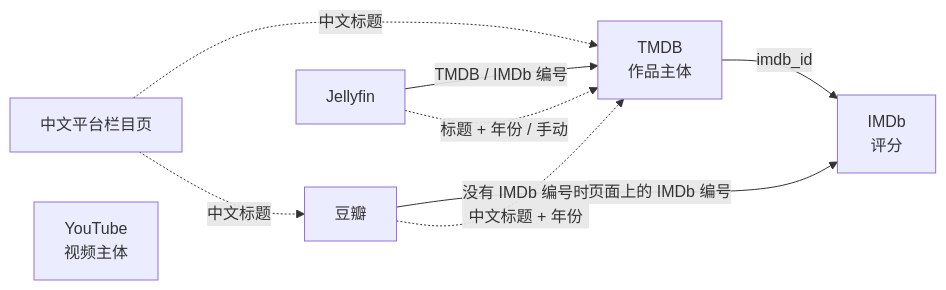
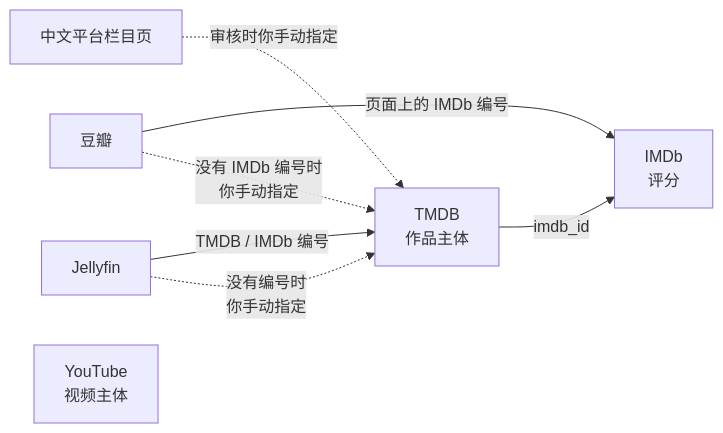
Before and after one commit to hfeng-9527/Documentary: the diagram in docs/source-mapping.md, drawn with Mermaid. The commit also changed other lines of this file and 9 other files, not shown here.

````diff
--- a/docs/source-mapping.md
+++ b/docs/source-mapping.md
@@ -167,11 +167,10 @@
 ```mermaid
 flowchart LR
     TMDB["TMDB<br/>作品主体"] -->|imdb_id| IMDB["IMDb<br/>评分"]
     DB["豆瓣"] -->|页面上的 IMDb 编号| IMDB
-    DB -.没有 IMDb 编号时<br/>中文标题 + 年份.-> TMDB
-    CN["中文平台栏目页"] -.中文标题.-> TMDB
-    CN -.中文标题.-> DB
+    DB -.没有 IMDb 编号时<br/>你手动指定.-> TMDB
+    CN["中文平台栏目页"] -.审核时你手动指定.-> TMDB
     JF["Jellyfin"] -->|TMDB / IMDb 编号| TMDB
-    JF -.标题 + 年份 / 手动.-> TMDB
+    JF -.没有编号时<br/>你手动指定.-> TMDB
     YT["YouTube<br/>视频主体"]
 ```
````
